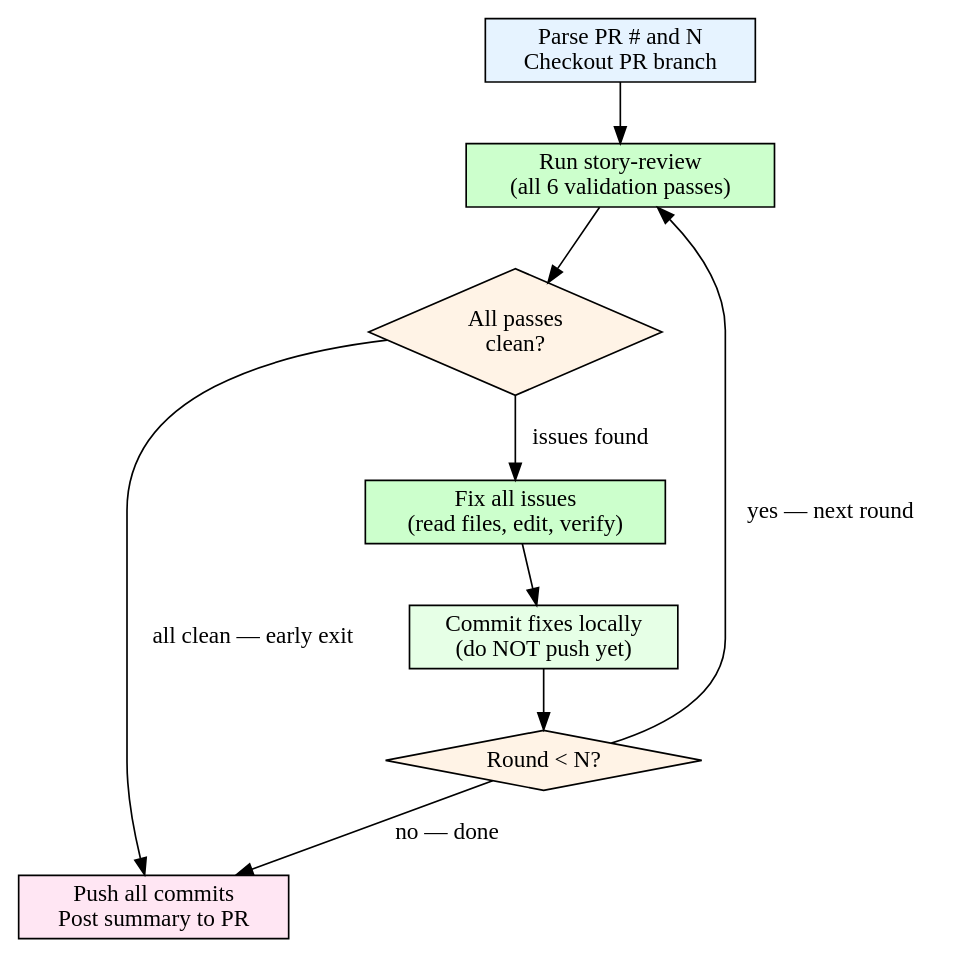
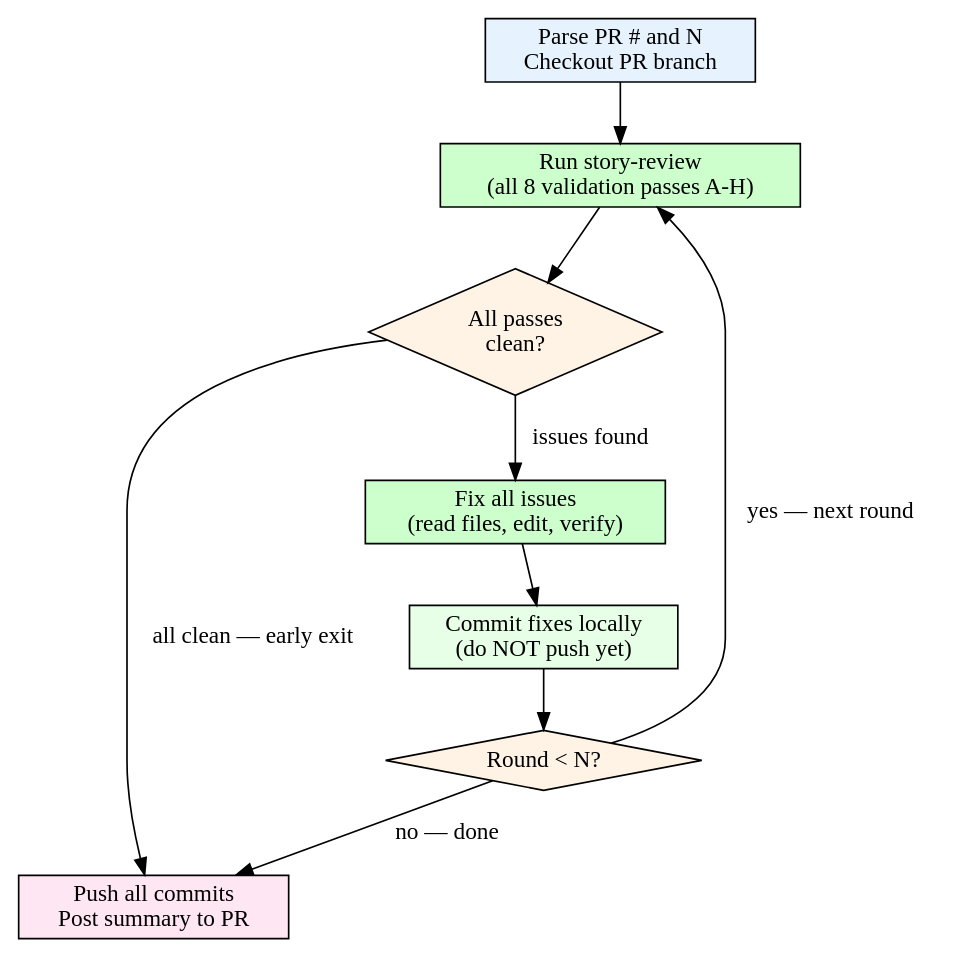
The diagram in .claude/skills/story-review-loop/SKILL.md (gcko/pendulum-of-despair), drawn with Graphviz before and after one commit. The commit also changed other lines of this file and 2 other files, not shown here.

````diff
--- a/.claude/skills/story-review-loop/SKILL.md
+++ b/.claude/skills/story-review-loop/SKILL.md
@@ -30,23 +36,23 @@
 ```dot
 digraph review_loop {
     rankdir=TB;
     node [shape=box, style=filled, fillcolor=lightblue];
 
     start [label="Parse PR # and N\nCheckout PR branch", fillcolor="#e6f3ff"];
-    review [label="Run story-review\n(all 6 validation passes)", fillcolor="#ccffcc"];
+    review [label="Run story-review\n(all 8 validation passes A-H)", fillcolor="#ccffcc"];
     clean [label="All passes\nclean?", shape=diamond, fillcolor="#fff3e6"];
     fix [label="Fix all issues\n(read files, edit, verify)", fillcolor="#ccffcc"];
     commit [label="Commit fixes locally\n(do NOT push yet)", fillcolor="#e6ffe6"];
     count [label="Round < N?", shape=diamond, fillcolor="#fff3e6"];
     push [label="Push all commits\nPost summary to PR", fillcolor="#ffe6f3"];
 
     start -> review;
     review -> clean;
     clean -> fix [label="issues found"];
     clean -> push [label="all clean — early exit"];
     fix -> commit;
     commit -> count;
     count -> review [label="yes — next round"];
     count -> push [label="no — done"];
 }
 ```
````
